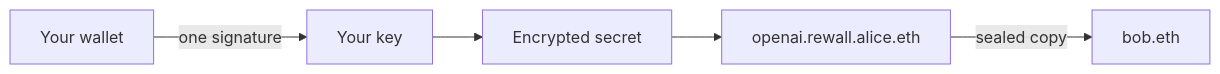
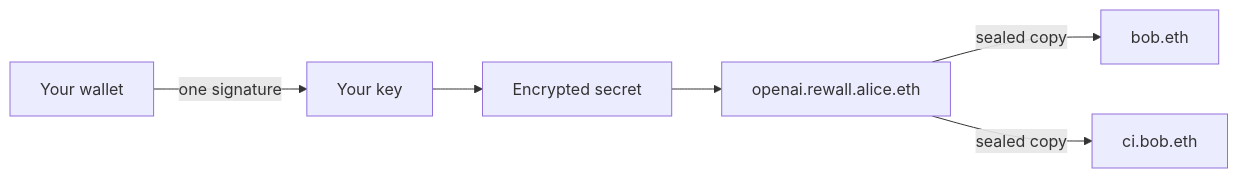
Before and after one commit to oynozan/rewall: the diagram in docs/content/index.mdx, drawn with Mermaid. The commit also changed other lines of this file and 29 other files, not shown here.

````diff
--- a/docs/content/index.mdx
+++ b/docs/content/index.mdx
@@ -11,7 +50,8 @@
 ```mermaid
 flowchart LR
     wallet[Your wallet] -->|one signature| key[Your key]
     key --> blob[Encrypted secret]
     blob --> name[openai.rewall.alice.eth]
     name -->|sealed copy| bob[bob.eth]
+    name -->|sealed copy| ci[ci.bob.eth]
 ```
````
